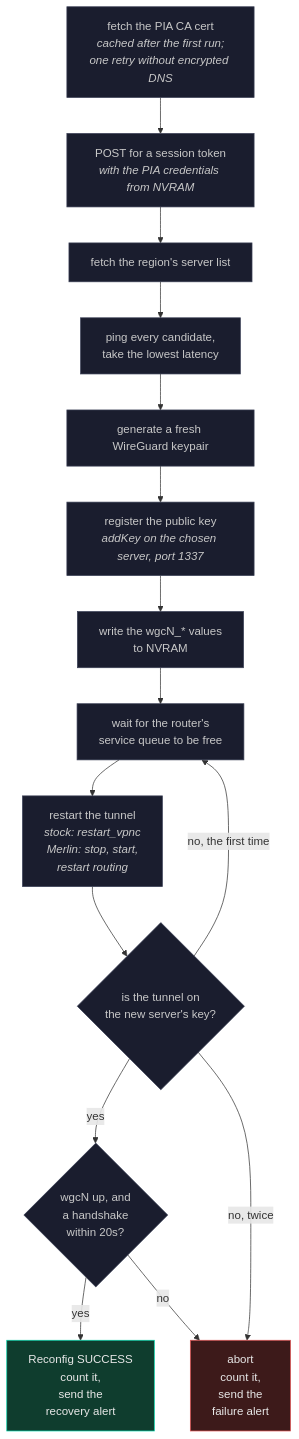
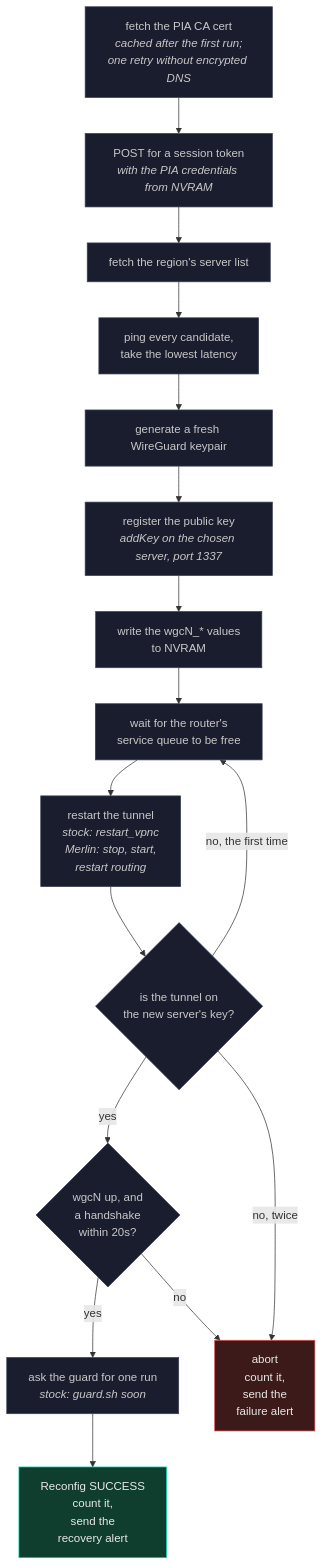
The seventh of 8 diagrams in ARCHITECTURE.md (ExponentiallyDigital/cfg-pia-wg), drawn with Mermaid before and after one commit. The commit also changed other lines of this file and 44 other files, not shown here.

````diff
--- a/ARCHITECTURE.md
+++ b/ARCHITECTURE.md
@@ -1339,27 +1355,28 @@
 ```mermaid
 flowchart TD
     A["fetch the PIA CA cert<br/><i>cached after the first run;</i><br/><i>one retry without encrypted DNS</i>"] --> B
     B["POST for a session token<br/><i>with the PIA credentials from NVRAM</i>"] --> C
     C["fetch the region's server list"] --> D
     D["ping every candidate,<br/>take the lowest latency"] --> E
     E["generate a fresh WireGuard keypair"] --> F
     F["register the public key<br/><i>addKey on the chosen server, port 1337</i>"] --> G
     G["write the wgcN_* values<br/>to NVRAM"] --> W
     W["wait for the router's<br/>service queue to be free"] --> H
     H["restart the tunnel<br/><i>stock: restart_vpnc</i><br/><i>Merlin: stop, start,</i><br/><i>restart routing</i>"] --> T
     T{"is the tunnel on<br/>the new server's key?"}
     T -->|"no, the first time"| W
     T -->|yes| K
     K{"wgcN up, and<br/>a handshake<br/>within 20s?"}
-    K -->|yes| OK["Reconfig SUCCESS<br/>count it,<br/>send the<br/>recovery alert"]
+    K -->|yes| GS["ask the guard for one run<br/><i>stock: guard.sh soon</i>"]
+    GS --> OK["Reconfig SUCCESS<br/>count it,<br/>send the<br/>recovery alert"]
     K -->|no| FAIL["abort<br/>count it,<br/>send the<br/>failure alert"]
     T -->|"no, twice"| FAIL
 
     classDef go fill:#0F3D2E,stroke:#00D4AA,color:#E8E8E8
     classDef bad fill:#3D1A1A,stroke:#E05252,color:#E8E8E8
     classDef work fill:#3D2E0F,stroke:#E0A800,color:#E8E8E8
     classDef step fill:#1A1D2E,stroke:#3A3F55,color:#C8C8C8
     class OK go
     class FAIL bad
-    class A,B,C,D,E,F,G,W,H,T,K step
+    class A,B,C,D,E,F,G,W,H,T,K,GS step
 ```
````
